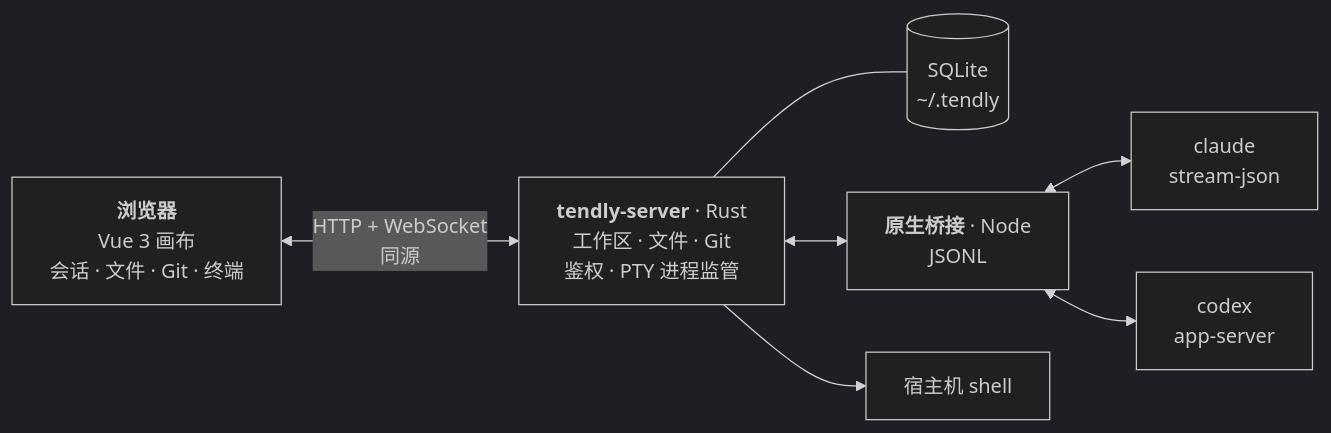
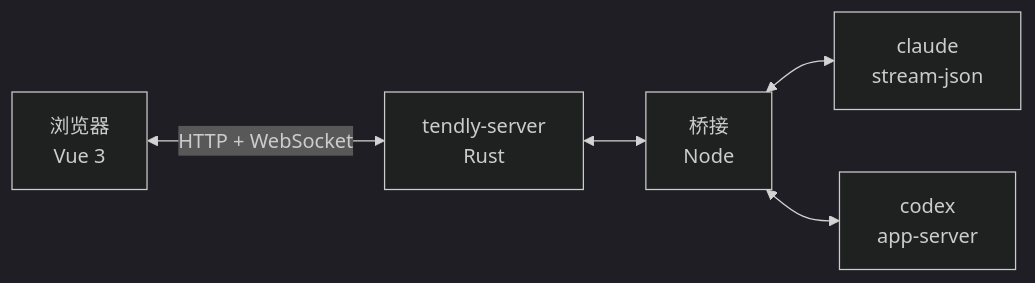
One commit to wnzzer/tendly changed the diagram in README.zh-CN.md. Above: the diagram before and after it, drawn with Mermaid (dark theme). The commit also changed other lines of this file and 5 other files, not shown here.

````diff
--- a/README.zh-CN.md
+++ b/README.zh-CN.md
@@ -181,17 +105,7 @@
 ```mermaid
 flowchart LR
-  browser["<b>浏览器</b><br/>Vue 3 画布<br/>会话 · 文件 · Git · 终端"]
-  server["<b>tendly-server</b> · Rust<br/>工作区 · 文件 · Git<br/>鉴权 · PTY 进程监管"]
-  db[("SQLite<br/>~/.tendly")]
-  bridge["<b>原生桥接</b> · Node<br/>JSONL"]
-  claude["claude<br/>stream-json"]
-  codex["codex<br/>app-server"]
-  shell["宿主机 shell"]
-
-  browser <-- "HTTP + WebSocket<br/>同源" --> server
-  server --- db
-  server --> shell
-  server <--> bridge
-  bridge <--> claude
-  bridge <--> codex
+  browser["浏览器<br/>Vue 3"] <-- "HTTP + WebSocket" --> server["tendly-server<br/>Rust"]
+  server <--> bridge["桥接<br/>Node"]
+  bridge <--> claude["claude<br/>stream-json"]
+  bridge <--> codex["codex<br/>app-server"]
 ```
````
